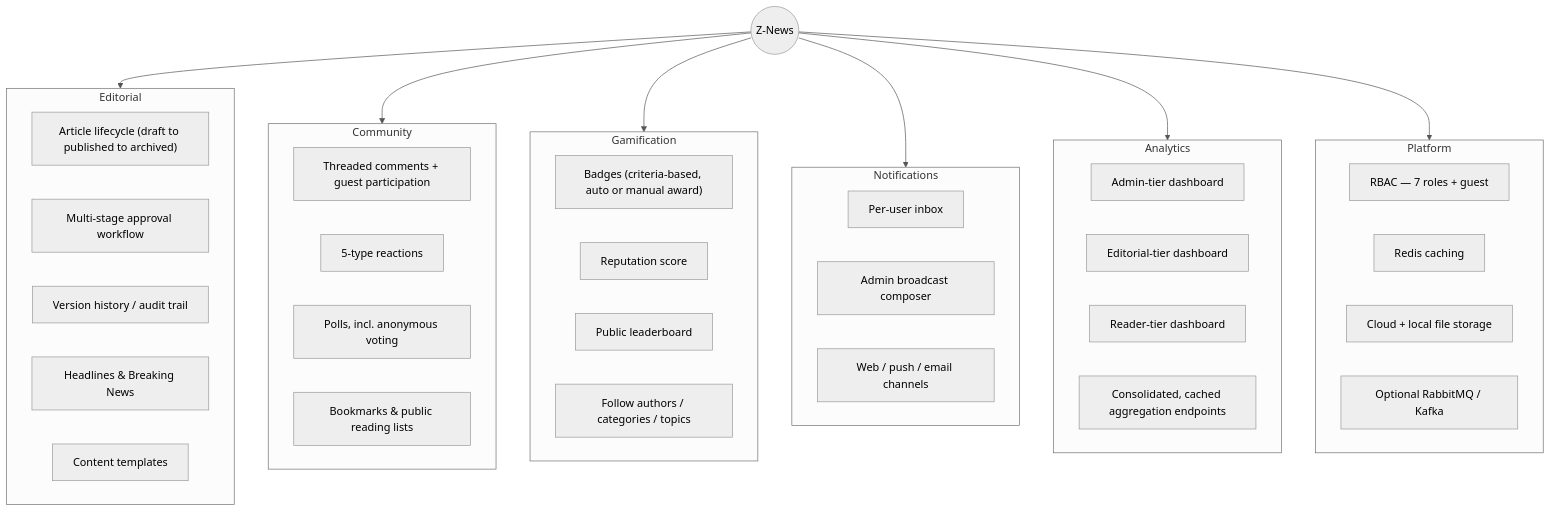
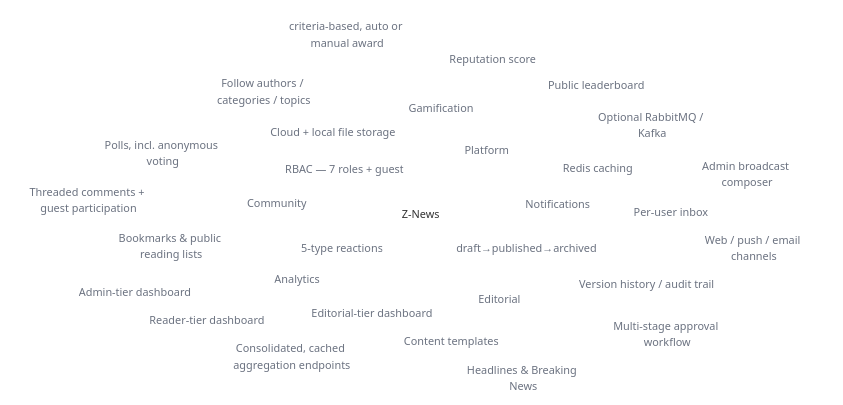
One commit to foysalahmedmin/z-news changed the second of 3 diagrams in README.md. Above: the diagram before and after it, drawn with Mermaid. The commit also changed other lines of this file and 2 other files, not shown here.

Commit message:
docs: transparent diagram backgrounds for dark-mode; restore mindmap layout
Forced solid white node fills looked wrong once the page background
goes dark (the init theme directive overrides GitHub's automatic
light/dark mermaid switching, so a hardcoded white box stays white
regardless of viewer mode). Switches every diagram's fills to
transparent with a consistent mid-gray for borders/lines/text instead.
Also restores the original mindmap layout for the capabilities
diagram (its previous graph/subgraph replacement was a rendering-risk
workaround that wasn't actually needed) -- now grayscale via mermaid's
per-branch cScale/cScaleLabel theme variables, which a plain
primaryColor override doesn't reach.

````diff
--- a/README.md
+++ b/README.md
@@ -96,53 +96,35 @@
 ```mermaid
-%%{init: {'theme': 'neutral', 'themeVariables': {'primaryColor': '#ffffff', 'primaryBorderColor': '#333333', 'primaryTextColor': '#111111', 'lineColor': '#555555', 'secondaryColor': '#f5f5f5', 'tertiaryColor': '#e5e5e5'}}}%%
-graph TB
-    Root((Z-News))
-
-    Root --> Editorial
-    subgraph Editorial["Editorial"]
-        E1["Article lifecycle (draft to published to archived)"]
-        E2[Multi-stage approval workflow]
-        E3[Version history / audit trail]
-        E4[Headlines & Breaking News]
-        E5[Content templates]
-    end
-
-    Root --> Community
-    subgraph Community["Community"]
-        C1[Threaded comments + guest participation]
-        C2[5-type reactions]
-        C3["Polls, incl. anonymous voting"]
-        C4[Bookmarks & public reading lists]
-    end
-
-    Root --> Gamification
-    subgraph Gamification["Gamification"]
-        G1["Badges (criteria-based, auto or manual award)"]
-        G2[Reputation score]
-        G3[Public leaderboard]
-        G4[Follow authors / categories / topics]
-    end
-
-    Root --> Notifications
-    subgraph Notifications["Notifications"]
-        N1[Per-user inbox]
-        N2[Admin broadcast composer]
-        N3[Web / push / email channels]
-    end
-
-    Root --> Analytics
-    subgraph Analytics["Analytics"]
-        A1[Admin-tier dashboard]
-        A2[Editorial-tier dashboard]
-        A3[Reader-tier dashboard]
-        A4[Consolidated, cached aggregation endpoints]
-    end
-
-    Root --> Platform
-    subgraph Platform["Platform"]
-        P1[RBAC — 7 roles + guest]
-        P2[Redis caching]
-        P3[Cloud + local file storage]
-        P4[Optional RabbitMQ / Kafka]
-    end
+%%{init: {'theme': 'neutral', 'themeVariables': {'primaryColor': 'transparent', 'primaryBorderColor': '#6b7280', 'primaryTextColor': '#6b7280', 'lineColor': '#6b7280', 'secondaryColor': 'transparent', 'tertiaryColor': 'transparent', 'mainBkg': 'transparent', 'background': 'transparent', 'nodeBorder': '#6b7280', 'clusterBkg': 'transparent', 'clusterBorder': '#6b7280', 'edgeLabelBackground': 'transparent', 'cScale0': 'transparent', 'cScale1': 'transparent', 'cScale2': 'transparent', 'cScale3': 'transparent', 'cScale4': 'transparent', 'cScale5': 'transparent', 'cScale6': 'transparent', 'cScale7': 'transparent', 'cScale8': 'transparent', 'cScale9': 'transparent', 'cScale10': 'transparent', 'cScale11': 'transparent', 'cScaleLabel0': '#6b7280', 'cScaleLabel1': '#6b7280', 'cScaleLabel2': '#6b7280', 'cScaleLabel3': '#6b7280', 'cScaleLabel4': '#6b7280', 'cScaleLabel5': '#6b7280', 'cScaleLabel6': '#6b7280', 'cScaleLabel7': '#6b7280', 'cScaleLabel8': '#6b7280', 'cScaleLabel9': '#6b7280', 'cScaleLabel10': '#6b7280', 'cScaleLabel11': '#6b7280'}}}%%
+mindmap
+  root((Z-News))
+    Editorial
+      Article lifecycle (draft→published→archived)
+      Multi-stage approval workflow
+      Version history / audit trail
+      Headlines & Breaking News
+      Content templates
+    Community
+      Threaded comments + guest participation
+      5-type reactions
+      Polls, incl. anonymous voting
+      Bookmarks & public reading lists
+    Gamification
+      Badges (criteria-based, auto or manual award)
+      Reputation score
+      Public leaderboard
+      Follow authors / categories / topics
+    Notifications
+      Per-user inbox
+      Admin broadcast composer
+      Web / push / email channels
+    Analytics
+      Admin-tier dashboard
+      Editorial-tier dashboard
+      Reader-tier dashboard
+      Consolidated, cached aggregation endpoints
+    Platform
+      RBAC — 7 roles + guest
+      Redis caching
+      Cloud + local file storage
+      Optional RabbitMQ / Kafka
 ```
````
